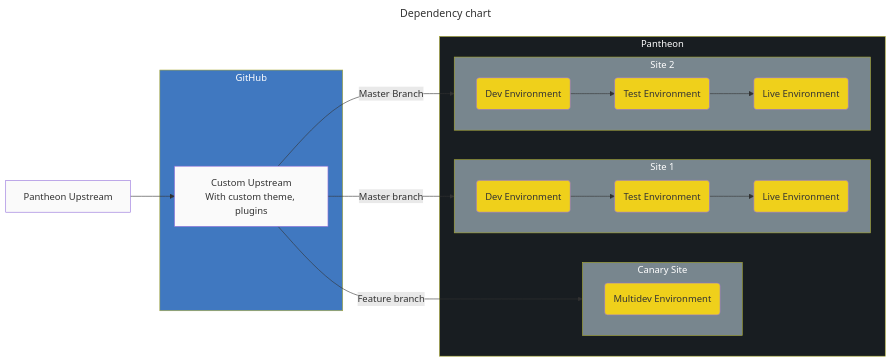
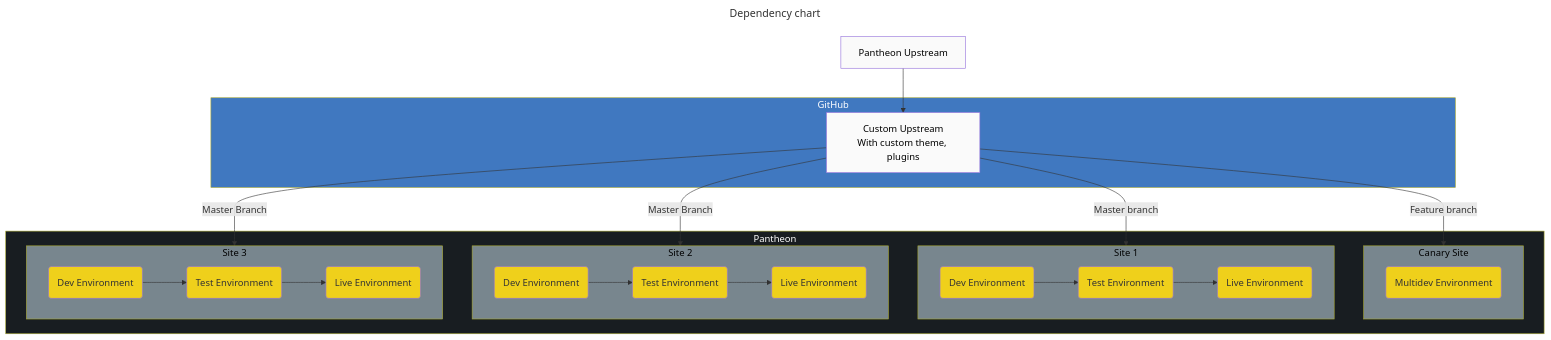
Before and after one commit to pantheon-systems/webops-architecture: the first of 4 diagrams in WordPress/Mid-grade.md, drawn with Mermaid. The commit also changed other lines of this file and 2 other files, not shown here.

````diff
--- a/WordPress/Mid-grade.md
+++ b/WordPress/Mid-grade.md
@@ -23,56 +23,68 @@
 ```mermaid
 ---
 title: Dependency chart
 ---
-graph LR
+graph
     UpstreamPantheon["Pantheon Upstream"]:::repo
 
     subgraph github [GitHub]
         UpstreamCustom["Custom Upstream\nWith custom theme, plugins"]:::repo
     end
 
     subgraph pantheon [Pantheon]
         subgraph site0 [Canary Site]
             direction LR
             EnvDev0(Multidev Environment):::env
         end
 
         subgraph site1 [Site 1]
             direction LR
             EnvDev1(Dev Environment):::env
             EnvTest1(Test Environment):::env
             EnvLive1(Live Environment):::env
         end
 
         subgraph site2 [Site 2]
             direction LR
             EnvDev2(Dev Environment):::env
             EnvTest2(Test Environment):::env
             EnvLive2(Live Environment):::env
         end
+
+        subgraph site3 [Site 3]
+            direction LR
+            EnvDev3(Dev Environment):::env
+            EnvTest3(Test Environment):::env
+            EnvLive3(Live Environment):::env
+        end
     end
 
     %% Links
     
     UpstreamPantheon --> UpstreamCustom
 
     UpstreamCustom -- Feature branch --> EnvDev0
     UpstreamCustom -- Master branch --> EnvDev1
     UpstreamCustom -- Master Branch --> EnvDev2
+    UpstreamCustom -- Master Branch --> EnvDev3
 
     EnvDev1 --> EnvTest1
     EnvTest1 --> EnvLive1
 
     EnvDev2 --> EnvTest2
     EnvTest2 --> EnvLive2
 
+    EnvDev3 --> EnvTest3
+    EnvTest3 --> EnvLive3
+
     %% Styles
     style github fill:#4078c0,color:#FFF
     style pantheon fill:#181D21,color:#FFF
-    style site0 fill:#78868E,color:#FFF
-    style site1 fill:#78868E,color:#FFF
-    style site2 fill:#78868E,color:#FFF
+    style site0 fill:#78868E,color:#000
+    style site1 fill:#78868E,color:#000
+    style site2 fill:#78868E,color:#000
+    style site3 fill:#78868E,color:#000
     classDef env fill:#EFD01B
-    classDef repo fill:#fafafa
+    classDef repo fill:#fafafa,color:#000
 
 ```
````
